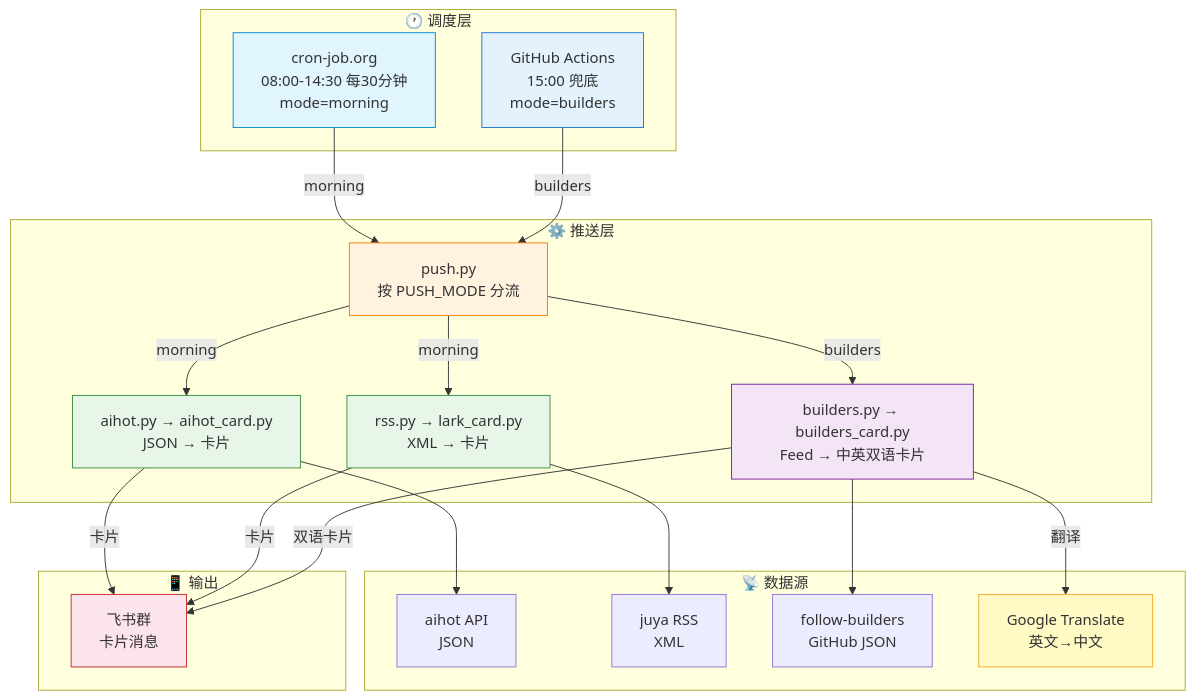
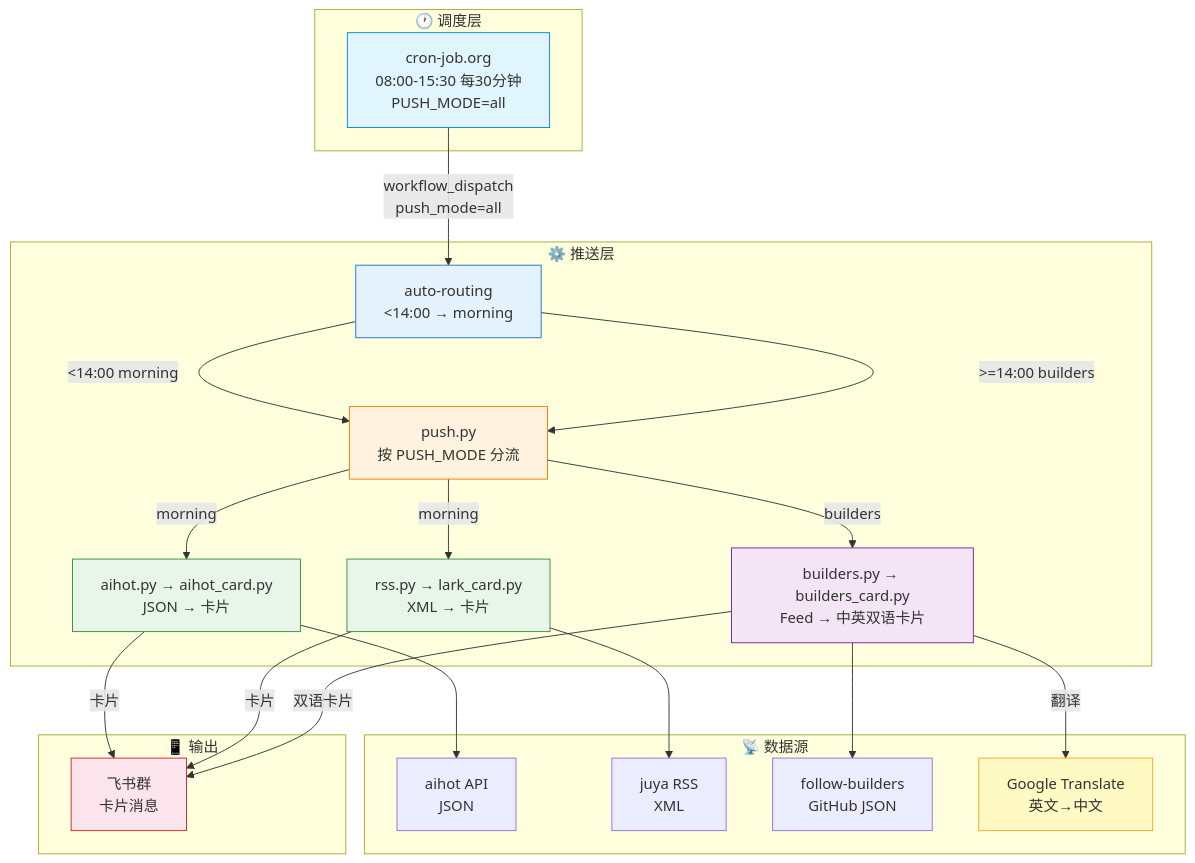
The first of 2 diagrams in README.md (Ai-luren/ainews-to-feishu), drawn with Mermaid before and after one commit. The commit also changed other lines of this file and 14 other files, not shown here.

````diff
--- a/README.md
+++ b/README.md
@@ -133,47 +134,48 @@
 ```mermaid
 flowchart TB
     subgraph 调度["🕐 调度层"]
-        C1["cron-job.org<br/>08:00-14:30 每30分钟<br/>mode=morning"]
-        C2["GitHub Actions<br/>15:00 兜底<br/>mode=builders"]
+        C1["cron-job.org<br/>08:00-15:30 每30分钟<br/>PUSH_MODE=all"]
     end
 
     subgraph 推送["⚙️ 推送层"]
+        R["auto-routing<br/>&lt;14:00 → morning<br/&gt;=14:00 → builders"]
         P["push.py<br/>按 PUSH_MODE 分流"]
         A["aihot.py → aihot_card.py<br/>JSON → 卡片"]
         J["rss.py → lark_card.py<br/>XML → 卡片"]
         B["builders.py → builders_card.py<br/>Feed → 中英双语卡片"]
     end
 
     subgraph 数据["📡 数据源"]
         A1["aihot API<br/>JSON"]
         J1["juya RSS<br/>XML"]
         B1["follow-builders<br/>GitHub JSON"]
         T["Google Translate<br/>英文→中文"]
     end
 
     subgraph 输出["📱 输出"]
         F["飞书群<br/>卡片消息"]
     end
 
-    C1 -->|"morning"| P
-    C2 -->|"builders"| P
+    C1 -->|"workflow_dispatch<br/>push_mode=all"| R
+    R -->|"<14:00 morning"| P
+    R -->|">=14:00 builders"| P
     P -->|"morning"| A
     P -->|"morning"| J
     P -->|"builders"| B
     A --> A1
     J --> J1
     B --> B1
     B -->|"翻译"| T
     A -->|"卡片"| F
     J -->|"卡片"| F
     B -->|"双语卡片"| F
 
     style C1 fill:#e1f5fe,stroke:#0288d1
-    style C2 fill:#e3f2fd,stroke:#1976d2
+    style R fill:#e3f2fd,stroke:#1976d2
     style P fill:#fff3e0,stroke:#f57c00
     style A fill:#e8f5e9,stroke:#388e3c
     style J fill:#e8f5e9,stroke:#388e3c
     style B fill:#f3e5f5,stroke:#7b1fa2
     style T fill:#fff9c4,stroke:#f9a825
     style F fill:#fce4ec,stroke:#c62828
 ```
````
